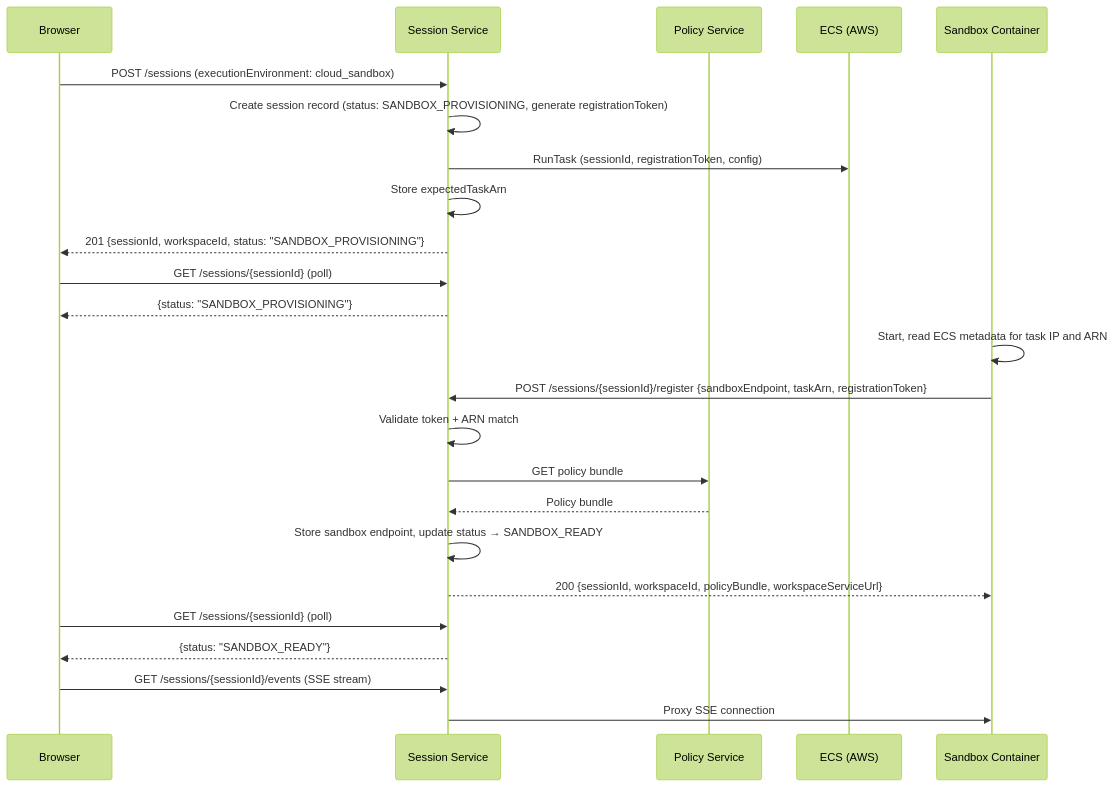
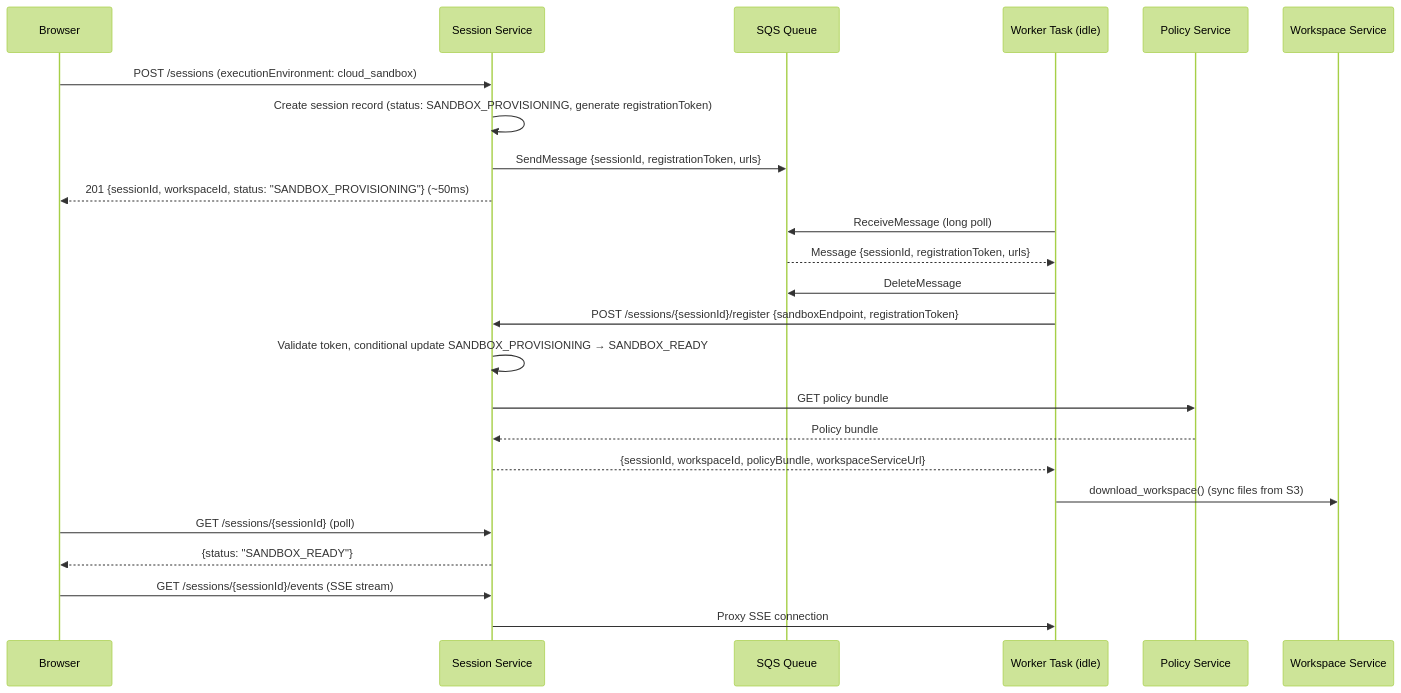
Before and after one commit to suman724/cowork-infra: the second of 6 diagrams in docs/components/web-execution.md, drawn with Mermaid (forest theme). The commit also changed other lines of this file and 12 other files, not shown here.

First line of the commit message:
feat: SQS sandbox dispatch design, Terraform, and execution plan (#33)

````diff
--- a/docs/components/web-execution.md
+++ b/docs/components/web-execution.md
@@ -95,30 +96,31 @@
 ```mermaid
 sequenceDiagram
   participant Browser as Browser
   participant SS as Session Service
+  participant SQS as SQS Queue
+  participant Task as Worker Task (idle)
   participant PS as Policy Service
-  participant ECS as ECS (AWS)
-  participant Sandbox as Sandbox Container
+  participant WS as Workspace Service
 
   Browser->>SS: POST /sessions (executionEnvironment: cloud_sandbox)
   SS->>SS: Create session record (status: SANDBOX_PROVISIONING, generate registrationToken)
-  SS->>ECS: RunTask (sessionId, registrationToken, config)
-  SS->>SS: Store expectedTaskArn
-  SS-->>Browser: 201 {sessionId, workspaceId, status: "SANDBOX_PROVISIONING"}
+  SS->>SQS: SendMessage {sessionId, registrationToken, urls}
+  SS-->>Browser: 201 {sessionId, workspaceId, status: "SANDBOX_PROVISIONING"} (~50ms)
 
-  Browser->>SS: GET /sessions/{sessionId} (poll)
-  SS-->>Browser: {status: "SANDBOX_PROVISIONING"}
+  Task->>SQS: ReceiveMessage (long poll)
+  SQS-->>Task: Message {sessionId, registrationToken, urls}
+  Task->>SQS: DeleteMessage
 
-  Sandbox->>Sandbox: Start, read ECS metadata for task IP and ARN
-  Sandbox->>SS: POST /sessions/{sessionId}/register {sandboxEndpoint, taskArn, registrationToken}
-  SS->>SS: Validate token + ARN match
+  Task->>SS: POST /sessions/{sessionId}/register {sandboxEndpoint, registrationToken}
+  SS->>SS: Validate token, conditional update SANDBOX_PROVISIONING → SANDBOX_READY
   SS->>PS: GET policy bundle
   PS-->>SS: Policy bundle
-  SS->>SS: Store sandbox endpoint, update status → SANDBOX_READY
-  SS-->>Sandbox: 200 {sessionId, workspaceId, policyBundle, workspaceServiceUrl}
+  SS-->>Task: {sessionId, workspaceId, policyBundle, workspaceServiceUrl}
+
+  Task->>WS: download_workspace() (sync files from S3)
 
   Browser->>SS: GET /sessions/{sessionId} (poll)
   SS-->>Browser: {status: "SANDBOX_READY"}
   Browser->>SS: GET /sessions/{sessionId}/events (SSE stream)
-  SS->>Sandbox: Proxy SSE connection
+  SS->>Task: Proxy SSE connection
 ```
````
